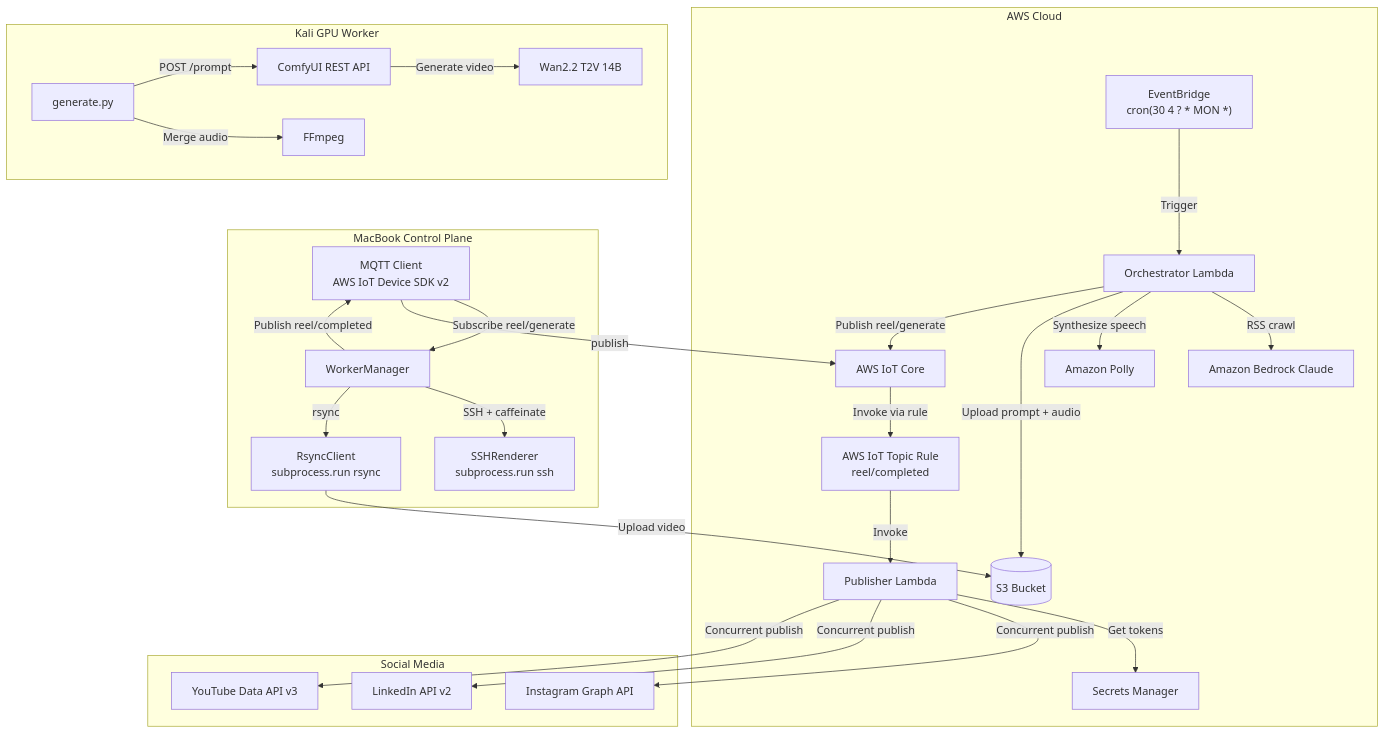
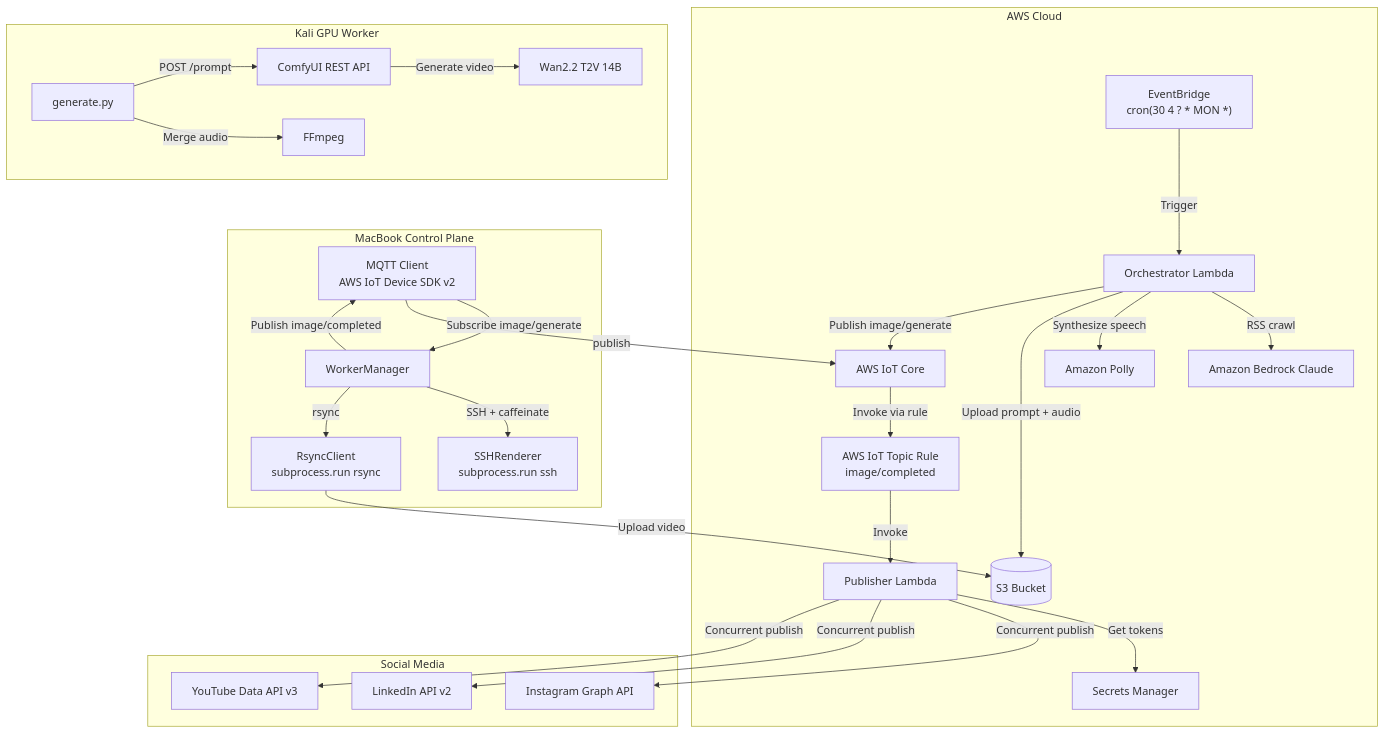
Before and after one commit to tsabunkar/ai-auto-publish-reel: the first of 2 diagrams in ARCHITECTURE.md, drawn with Mermaid. The commit also changed other lines of this file and 13 other files, not shown here.

````diff
--- a/ARCHITECTURE.md
+++ b/ARCHITECTURE.md
@@ -5,58 +5,58 @@
 ```mermaid
 flowchart TB
     subgraph AWS["AWS Cloud"]
         EB["EventBridge<br/>cron(30 4 ? * MON *)"]
         OL[Orchestrator Lambda]
         BR[Amazon Bedrock Claude]
         PO[Amazon Polly]
         S3[(S3 Bucket)]
         IOT[AWS IoT Core]
-        RULE[AWS IoT Topic Rule<br/>reel/completed]
+        RULE[AWS IoT Topic Rule<br/>image/completed]
         PL[Publisher Lambda]
         SM[Secrets Manager]
 
         EB -->|Trigger| OL
         OL -->|RSS crawl| BR
         OL -->|Synthesize speech| PO
         OL -->|Upload prompt + audio| S3
-        OL -->|Publish reel/generate| IOT
+        OL -->|Publish image/generate| IOT
         IOT -->|Invoke via rule| RULE
         RULE -->|Invoke| PL
         PL -->|Get tokens| SM
     end
 
     subgraph MACBOOK["MacBook Control Plane"]
         MQTT[MQTT Client<br/>AWS IoT Device SDK v2]
         SSH[SSHRenderer<br/>subprocess.run ssh]
         RSYNC[RsyncClient<br/>subprocess.run rsync]
         WC[WorkerManager]
 
-        MQTT -->|Subscribe reel/generate| WC
+        MQTT -->|Subscribe image/generate| WC
         WC -->|SSH + caffeinate| SSH
         WC -->|rsync| RSYNC
         RSYNC -->|Upload video| S3
-        WC -->|Publish reel/completed| MQTT
+        WC -->|Publish image/completed| MQTT
         MQTT -->|publish| IOT
     end
 
     subgraph KALI["Kali GPU Worker"]
         GEN[generate.py]
         COMFY[ComfyUI REST API]
         WAN[Wan2.2 T2V 14B]
         FF[FFmpeg]
 
         GEN -->|POST /prompt| COMFY
         COMFY -->|Generate video| WAN
         GEN -->|Merge audio| FF
     end
 
     subgraph SOCIAL["Social Media"]
         IG[Instagram Graph API]
         LI[LinkedIn API v2]
         YT[YouTube Data API v3]
     end
 
     PL -->|Concurrent publish| IG
     PL -->|Concurrent publish| LI
     PL -->|Concurrent publish| YT
 ```
````
